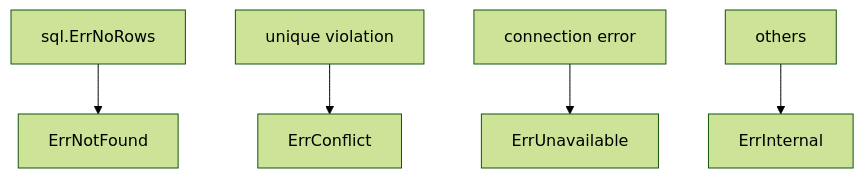
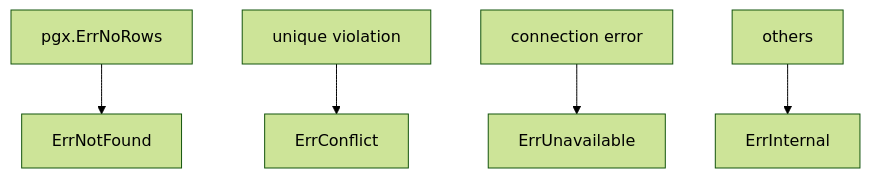
Diagram 12 of 13 in internal/infrastructure/rdb/repository/README.ja.md (Tomy-ch/go-boilerplate), drawn with Mermaid (forest theme) before and after one commit. The commit also changed other lines of this file and 19 other files, not shown here.

````diff
--- a/internal/infrastructure/rdb/repository/README.ja.md
+++ b/internal/infrastructure/rdb/repository/README.ja.md
@@ -635,7 +611,7 @@
 ```mermaid
 flowchart TB
-    NoRows["sql.ErrNoRows"] --> NotFound["ErrNotFound"]
+    NoRows["pgx.ErrNoRows"] --> NotFound["ErrNotFound"]
     Unique["unique violation"] --> Conflict["ErrConflict"]
     Conn["connection error"] --> Unavail["ErrUnavailable"]
     Others["others"] --> Internal["ErrInternal"]
 ```
````
